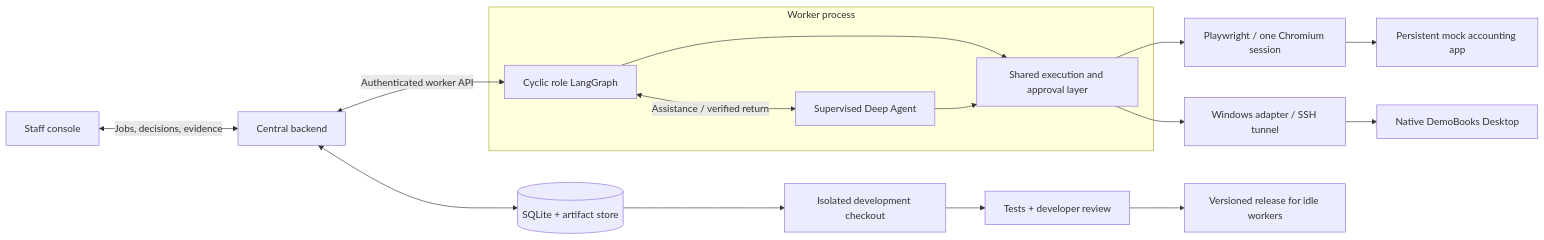
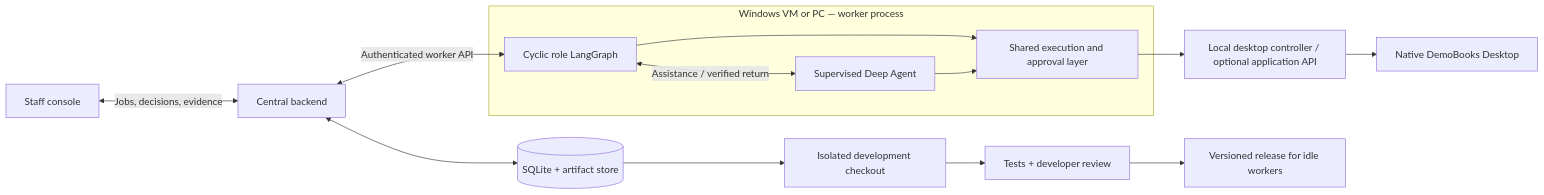
One commit to philip-roy-jones/enterprise-agent-system changed the diagram in README.md. Above: the diagram before and after it, drawn with Mermaid. The commit also changed other lines of this file and 50 other files, not shown here.

Commit message:
Run supervised desktop workers on Windows with live OpenRouter assistance

````diff
--- a/README.md
+++ b/README.md
@@ -100,21 +107,19 @@
 ```mermaid
 flowchart LR
     Staff[Staff console] <-->|Jobs, decisions, evidence| Backend[Central backend]
     Backend <--> State[(SQLite + artifact store)]
     Backend <-->|Authenticated worker API| Graph
-    subgraph Worker[Worker process]
+    subgraph Worker[Windows VM or PC — worker process]
         Graph[Cyclic role LangGraph]
         Agent[Supervised Deep Agent]
         Shared[Shared execution and approval layer]
         Graph --> Shared
         Graph <-->|Assistance / verified return| Agent
         Agent --> Shared
     end
-    Shared --> Browser[Playwright / one Chromium session]
-    Browser --> App[Persistent mock accounting app]
-    Shared --> Native[Windows adapter / SSH tunnel]
+    Shared --> Native[Local desktop controller / optional application API]
     Native --> DemoBooks[Native DemoBooks Desktop]
     State --> Dev[Isolated development checkout]
     Dev --> Review[Tests + developer review]
     Review --> Release[Versioned release for idle workers]
 ```
````
